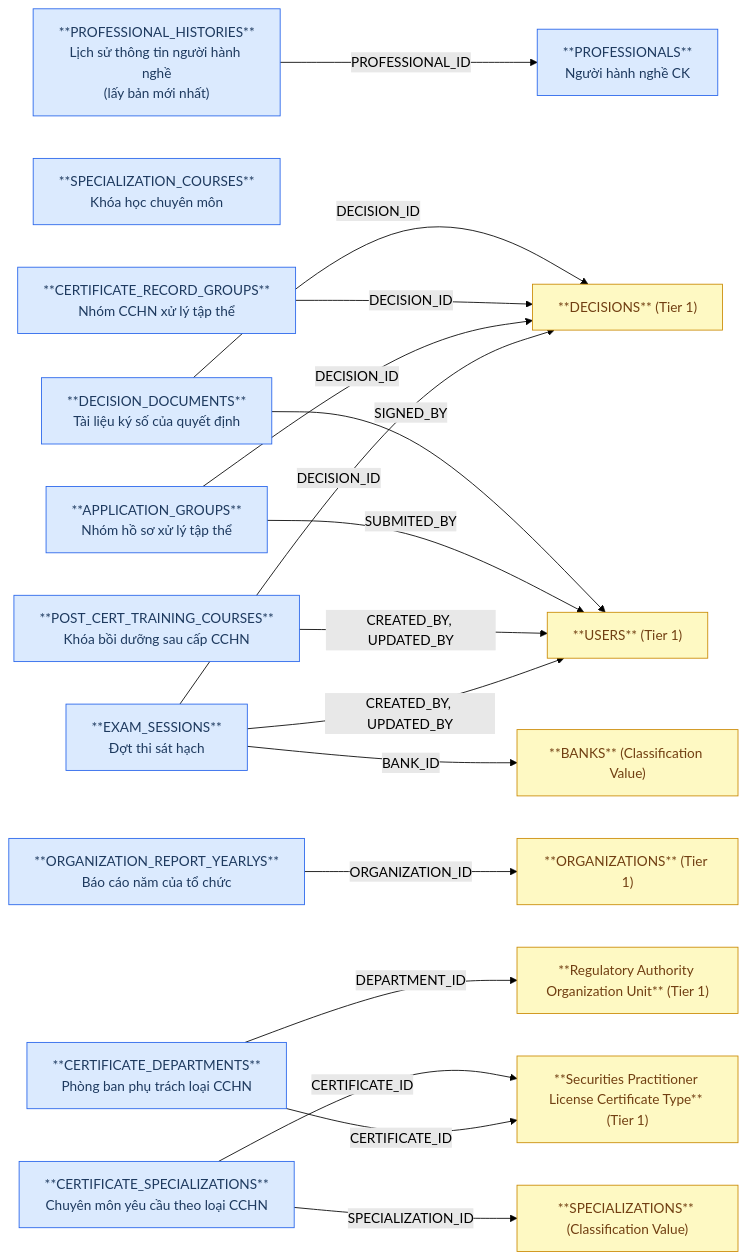
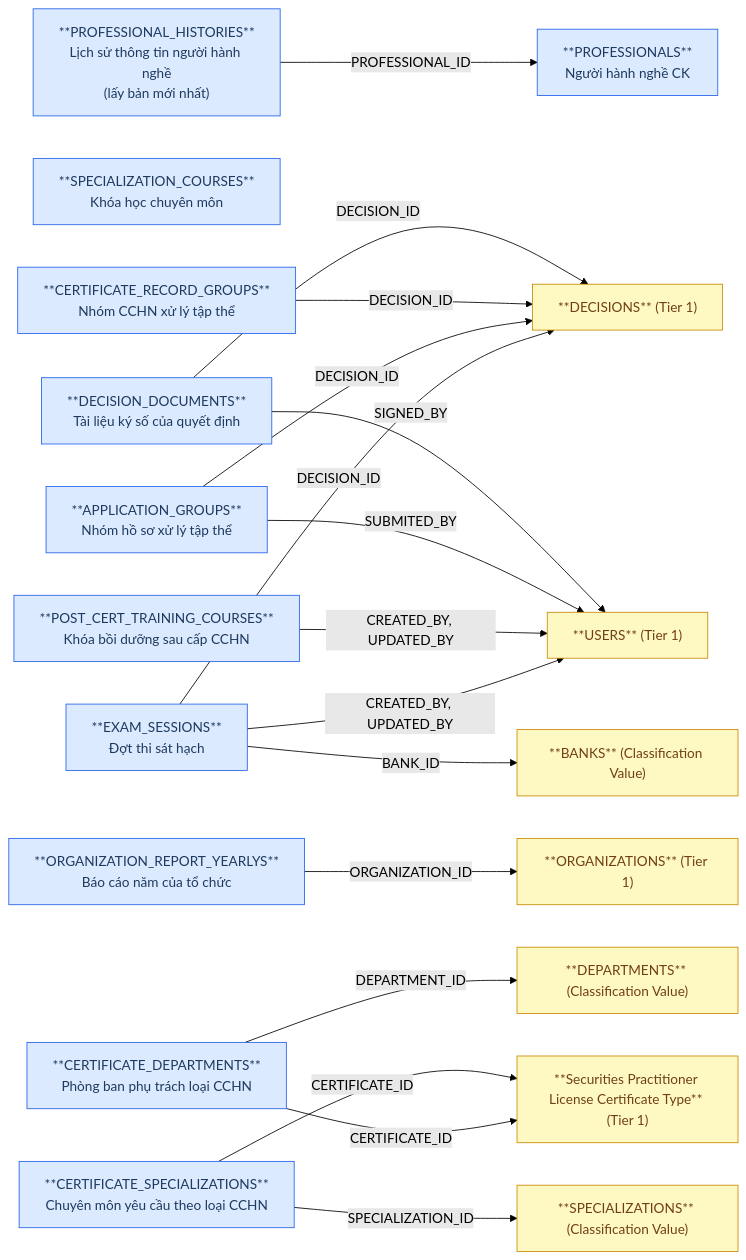
The first of 2 diagrams in DataModel/working/Atomic/hld/NHNCK_HLD_Tier2.md (linhlvit/ubck_atomic_design), drawn with Mermaid (forest theme) before and after one commit. The commit also changed other lines of this file and 102 other files, not shown here.

````diff
--- a/DataModel/working/Atomic/hld/NHNCK_HLD_Tier2.md
+++ b/DataModel/working/Atomic/hld/NHNCK_HLD_Tier2.md
@@ -29,41 +29,41 @@
 ```mermaid
 graph LR
     classDef src fill:#dbeafe,stroke:#2563eb,color:#1e3a5f
     classDef outscope fill:#fef9c3,stroke:#ca8a04,color:#713f12
 
     PROFESSIONALS["**PROFESSIONALS**\nNgười hành nghề CK"]:::src
     PROFESSIONAL_HISTORIES["**PROFESSIONAL_HISTORIES**\nLịch sử thông tin người hành nghề\n(lấy bản mới nhất)"]:::src
     SPECIALIZATION_COURSES["**SPECIALIZATION_COURSES**\nKhóa học chuyên môn"]:::src
     EXAM_SESSIONS["**EXAM_SESSIONS**\nĐợt thi sát hạch"]:::src
     POST_CERT_TRAINING_COURSES["**POST_CERT_TRAINING_COURSES**\nKhóa bồi dưỡng sau cấp CCHN"]:::src
     ORGANIZATION_REPORT_YEARLYS["**ORGANIZATION_REPORT_YEARLYS**\nBáo cáo năm của tổ chức"]:::src
     APPLICATION_GROUPS["**APPLICATION_GROUPS**\nNhóm hồ sơ xử lý tập thể"]:::src
     CERTIFICATE_RECORD_GROUPS["**CERTIFICATE_RECORD_GROUPS**\nNhóm CCHN xử lý tập thể"]:::src
     DECISION_DOCUMENTS["**DECISION_DOCUMENTS**\nTài liệu ký số của quyết định"]:::src
     CERTIFICATE_DEPARTMENTS["**CERTIFICATE_DEPARTMENTS**\nPhòng ban phụ trách loại CCHN"]:::src
     CERTIFICATE_SPECIALIZATIONS["**CERTIFICATE_SPECIALIZATIONS**\nChuyên môn yêu cầu theo loại CCHN"]:::src
 
     DECISIONS["**DECISIONS** (Tier 1)"]:::outscope
     USERS["**USERS** (Tier 1)"]:::outscope
     ORGANIZATIONS["**ORGANIZATIONS** (Tier 1)"]:::outscope
     BANKS["**BANKS** (Classification Value)"]:::outscope
-    ORGUNIT["**Regulatory Authority Organization Unit** (Tier 1)"]:::outscope
+    DEPARTMENTS["**DEPARTMENTS** (Classification Value)"]:::outscope
     CERTTYPE["**Securities Practitioner License Certificate Type** (Tier 1)"]:::outscope
     CLSSPEC["**SPECIALIZATIONS** (Classification Value)"]:::outscope
 
     PROFESSIONAL_HISTORIES -->|"PROFESSIONAL_ID"| PROFESSIONALS
     EXAM_SESSIONS -->|"DECISION_ID"| DECISIONS
     EXAM_SESSIONS -->|"CREATED_BY, UPDATED_BY"| USERS
     EXAM_SESSIONS -->|"BANK_ID"| BANKS
     POST_CERT_TRAINING_COURSES -->|"CREATED_BY, UPDATED_BY"| USERS
     ORGANIZATION_REPORT_YEARLYS -->|"ORGANIZATION_ID"| ORGANIZATIONS
     APPLICATION_GROUPS -->|"DECISION_ID"| DECISIONS
     APPLICATION_GROUPS -->|"SUBMITED_BY"| USERS
     CERTIFICATE_RECORD_GROUPS -->|"DECISION_ID"| DECISIONS
     DECISION_DOCUMENTS -->|"DECISION_ID"| DECISIONS
     DECISION_DOCUMENTS -->|"SIGNED_BY"| USERS
-    CERTIFICATE_DEPARTMENTS -->|"DEPARTMENT_ID"| ORGUNIT
+    CERTIFICATE_DEPARTMENTS -->|"DEPARTMENT_ID"| DEPARTMENTS
     CERTIFICATE_DEPARTMENTS -->|"CERTIFICATE_ID"| CERTTYPE
     CERTIFICATE_SPECIALIZATIONS -->|"CERTIFICATE_ID"| CERTTYPE
     CERTIFICATE_SPECIALIZATIONS -->|"SPECIALIZATION_ID"| CLSSPEC
 ```
````
